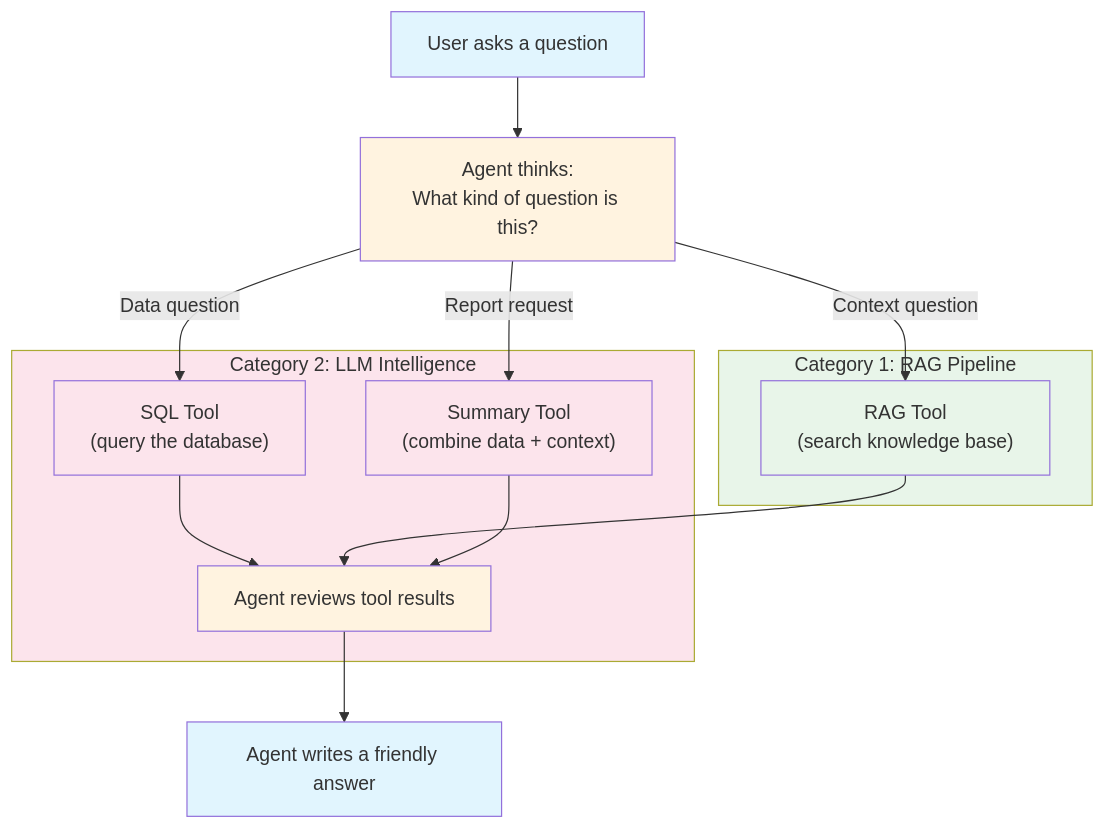
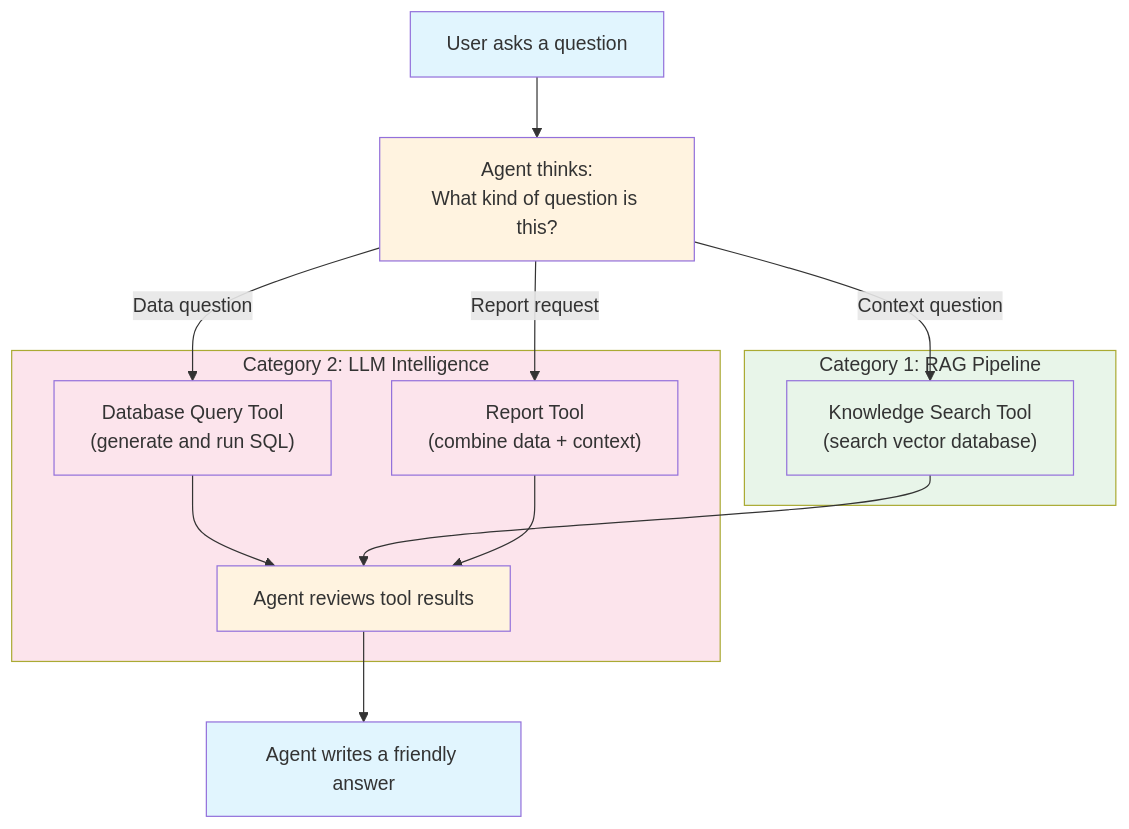
The third of 4 diagrams in TUTORIAL_AI.md (aakashkumar1980/certifications-aiml), drawn with Mermaid before and after one commit. The commit also changed other lines of this file and 1 other file, not shown here.

````diff
--- a/TUTORIAL_AI.md
+++ b/TUTORIAL_AI.md
@@ -197,32 +239,32 @@
 ```mermaid
 flowchart TD
     Q["User asks a question"] --> Think["Agent thinks:<br/>What kind of question is this?"]
 
     subgraph cat1["Category 1: RAG Pipeline"]
-        RAG["RAG Tool<br/>(search knowledge base)"]
+        RAG["Knowledge Search Tool<br/>(search vector database)"]
     end
 
     subgraph cat2["Category 2: LLM Intelligence"]
-        SQL["SQL Tool<br/>(query the database)"]
-        Report["Summary Tool<br/>(combine data + context)"]
+        SQL["Database Query Tool<br/>(generate and run SQL)"]
+        Report["Report Tool<br/>(combine data + context)"]
         Review["Agent reviews tool results"]
     end
 
     Think -->|Data question| SQL
     Think -->|Context question| RAG
     Think -->|Report request| Report
     SQL --> Review
     RAG --> Review
     Report --> Review
     Review --> Answer["Agent writes a friendly answer"]
 
     style Q fill:#e1f5fe
     style Think fill:#fff3e0
     style cat1 fill:#e8f5e9
     style cat2 fill:#fce4ec
     style SQL fill:#fce4ec
     style RAG fill:#e8f5e9
     style Report fill:#fce4ec
     style Review fill:#fff3e0
     style Answer fill:#e1f5fe
 ```
````
